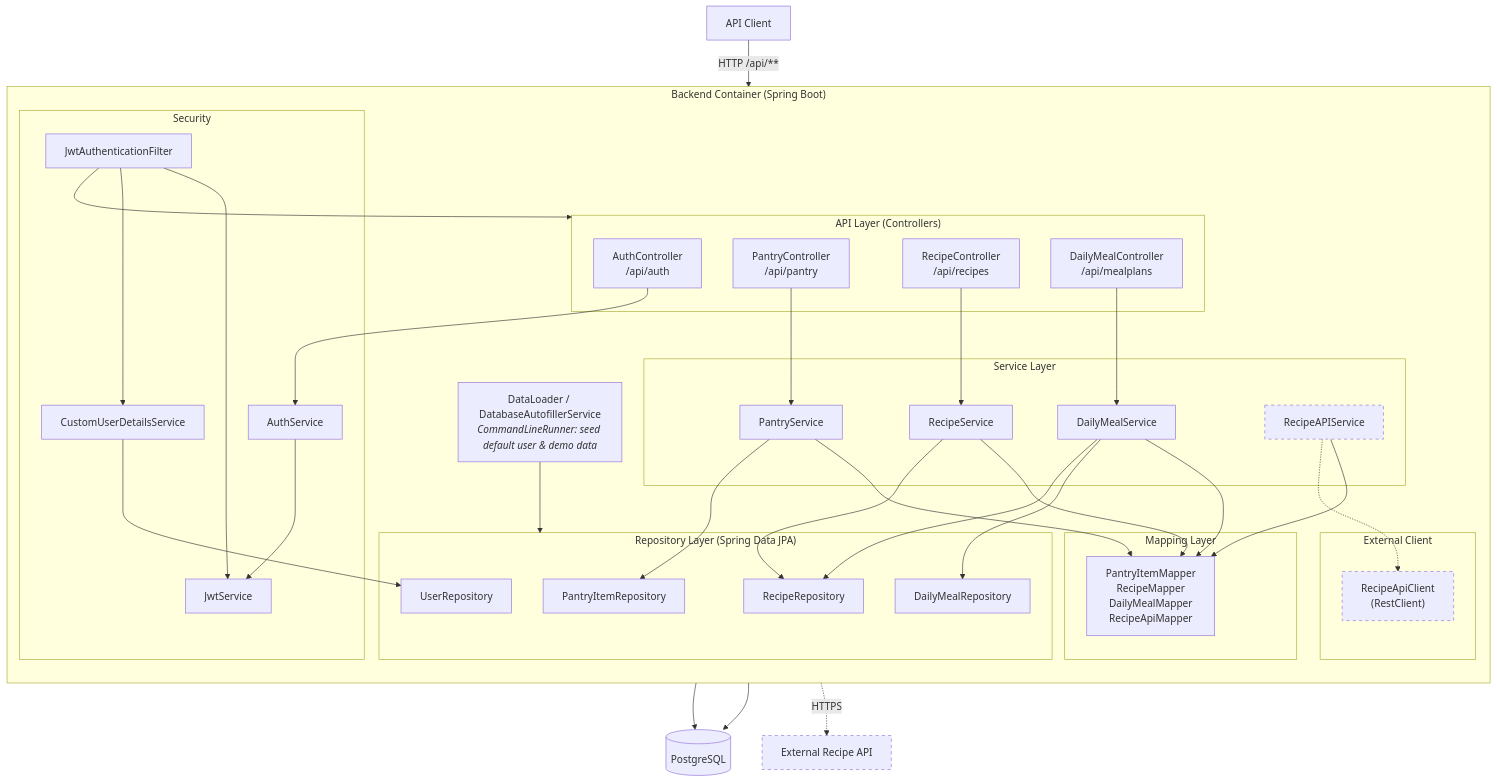
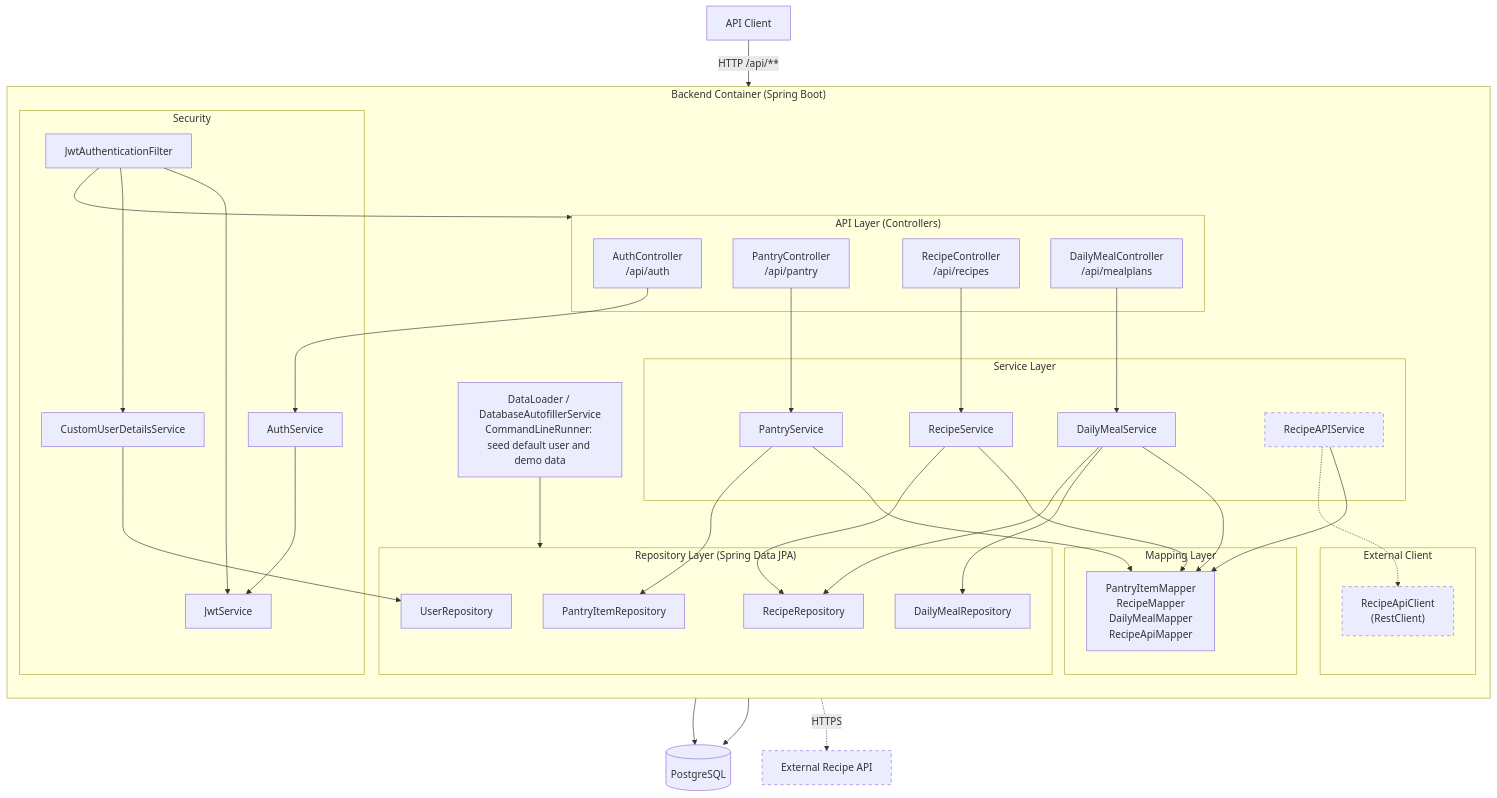
The diagram in docs/diagrams/c3-component-backend.md (hsd-inflab/simple-meal-planner), drawn with Mermaid before and after one commit. The commit also changed 2 other files, not shown here.

Commit message:
fixed diagrams

````diff
--- a/docs/diagrams/c3-component-backend.md
+++ b/docs/diagrams/c3-component-backend.md
@@ -11,82 +11,82 @@
 ```mermaid
 graph TB
     client["API Client"]
 
     subgraph backend["Backend Container (Spring Boot)"]
         direction TB
 
         subgraph security["Security"]
             jwtFilter["JwtAuthenticationFilter"]
             jwtService["JwtService"]
             userDetails["CustomUserDetailsService"]
             authService["AuthService"]
         end
 
         subgraph api["API Layer (Controllers)"]
             authCtrl["AuthController<br/>/api/auth"]
             pantryCtrl["PantryController<br/>/api/pantry"]
             recipeCtrl["RecipeController<br/>/api/recipes"]
             mealCtrl["DailyMealController<br/>/api/mealplans"]
         end
 
         subgraph services["Service Layer"]
             pantrySvc["PantryService"]
             recipeSvc["RecipeService"]
             mealSvc["DailyMealService"]
             recipeApiSvc["RecipeAPIService"]
         end
 
         subgraph mappers["Mapping Layer"]
             mapperGrp["PantryItemMapper<br/>RecipeMapper<br/>DailyMealMapper<br/>RecipeApiMapper"]
         end
 
         subgraph repos["Repository Layer (Spring Data JPA)"]
             pantryRepo["PantryItemRepository"]
             recipeRepo["RecipeRepository"]
             mealRepo["DailyMealRepository"]
             userRepo["UserRepository"]
         end
 
         subgraph client_layer["External Client"]
             apiClient["RecipeApiClient<br/>(RestClient)"]
         end
 
-        bootstrap["DataLoader / DatabaseAutofillerService<br/><i>CommandLineRunner: seed default user &amp; demo data</i>"]
+        bootstrap["DataLoader / DatabaseAutofillerService<br/>CommandLineRunner: seed default user and demo data"]
     end
 
     db[("PostgreSQL")]
     recipeApi["External Recipe API"]
 
     client -->|"HTTP /api/**"| jwtFilter
     jwtFilter --> jwtService
     jwtFilter --> userDetails
     jwtFilter --> api
 
     authCtrl --> authService
     authService --> jwtService
     userDetails --> userRepo
 
     pantryCtrl --> pantrySvc
     recipeCtrl --> recipeSvc
     mealCtrl --> mealSvc
 
     pantrySvc --> mapperGrp
     recipeSvc --> mapperGrp
     mealSvc --> mapperGrp
     recipeApiSvc --> mapperGrp
 
     pantrySvc --> pantryRepo
     recipeSvc --> recipeRepo
     mealSvc --> mealRepo
     mealSvc --> recipeRepo
 
     repos --> db
     userRepo --> db
     bootstrap --> repos
 
     recipeApiSvc -.-> apiClient
     apiClient -.->|"HTTPS"| recipeApi
 
     classDef planned stroke-dasharray: 5 5;
     class recipeApiSvc,apiClient,recipeApi planned;
 ```
````
